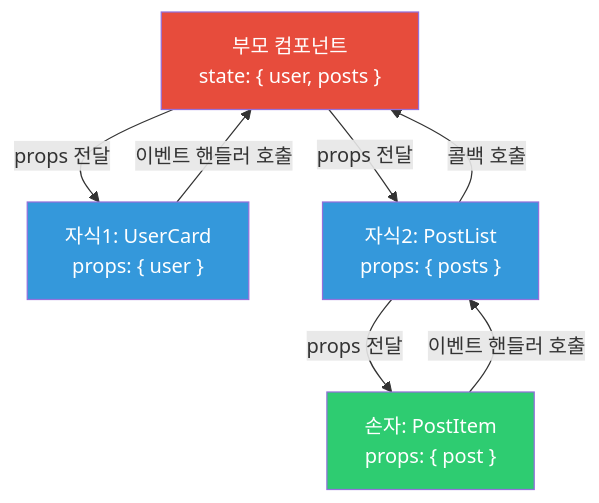
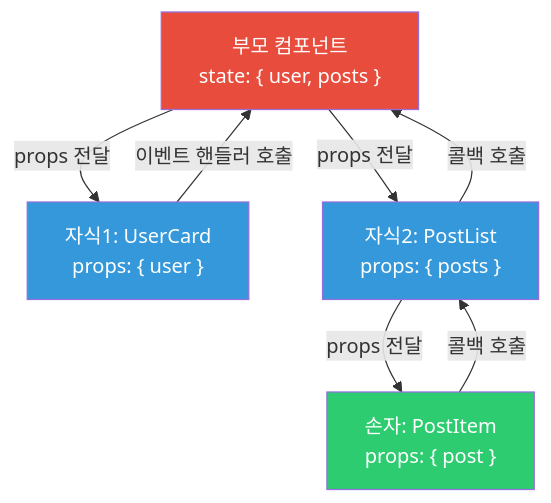
One commit to yjkim2015/yjkim2015.github.io changed the fourth of 6 diagrams in _posts/frontend/2026-05-02-react-fundamentals.md. Above: the diagram before and after it, drawn with Mermaid. The commit also changed other lines of this file and 122 other files, not shown here.

````diff
--- a/_posts/frontend/2026-05-02-react-fundamentals.md
+++ b/_posts/frontend/2026-05-02-react-fundamentals.md
@@ -323,20 +222,20 @@
 ```mermaid
 graph TD
     PARENT["부모 컴포넌트<br>state: { user, posts }"]
     CHILD1["자식1: UserCard<br>props: { user }"]
     CHILD2["자식2: PostList<br>props: { posts }"]
     GRANDCHILD["손자: PostItem<br>props: { post }"]
 
     PARENT -->|"props 전달"| CHILD1
     PARENT -->|"props 전달"| CHILD2
     CHILD2 -->|"props 전달"| GRANDCHILD
 
     CHILD1 -->|"이벤트 핸들러 호출"| PARENT
-    GRANDCHILD -->|"이벤트 핸들러 호출"| CHILD2
+    GRANDCHILD -->|"콜백 호출"| CHILD2
     CHILD2 -->|"콜백 호출"| PARENT
 
     style PARENT fill:#e74c3c,color:#fff
     style CHILD1 fill:#3498db,color:#fff
     style CHILD2 fill:#3498db,color:#fff
     style GRANDCHILD fill:#2ecc71,color:#fff
 ```
````
